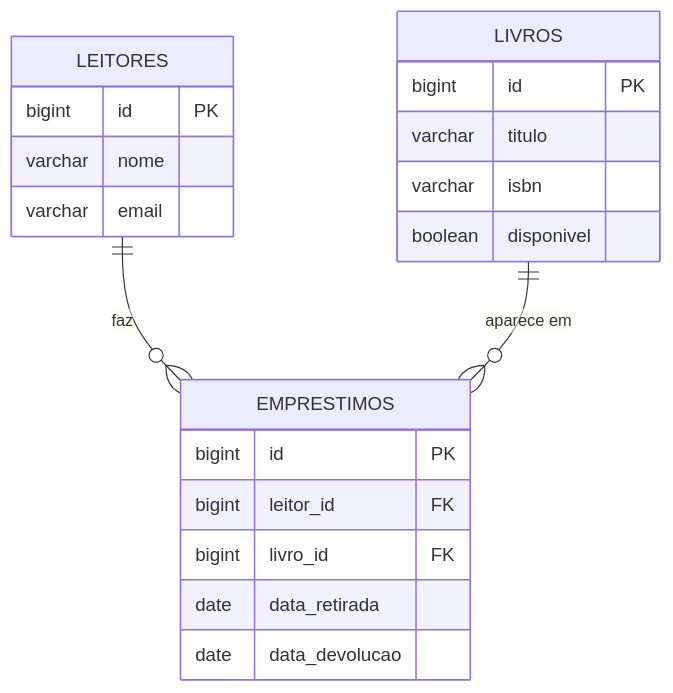
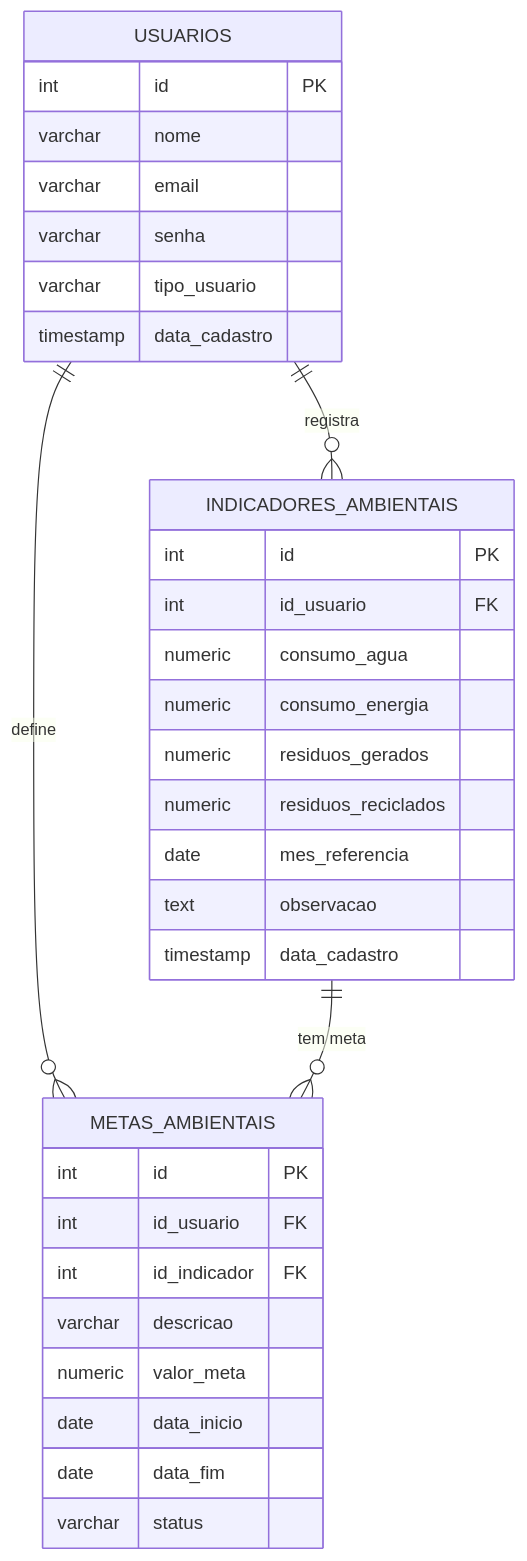
Before and after one commit to Miniki7/EcoGestor: the diagram in docs/modelo-de-dominio.md, drawn with Mermaid. The commit also changed other lines of this file and 12 other files, not shown here.

````diff
--- a/docs/modelo-de-dominio.md
+++ b/docs/modelo-de-dominio.md
@@ -50,24 +64,36 @@
 ```mermaid
 erDiagram
-    LEITORES ||--o{ EMPRESTIMOS : "faz"
-    LIVROS ||--o{ EMPRESTIMOS : "aparece em"
+    USUARIOS ||--o{ INDICADORES_AMBIENTAIS : "registra"
+    USUARIOS ||--o{ METAS_AMBIENTAIS : "define"
+    INDICADORES_AMBIENTAIS ||--o{ METAS_AMBIENTAIS : "tem meta"
 
-    LEITORES {
-        bigint id PK
+    USUARIOS {
+        int id PK
         varchar nome
         varchar email
+        varchar senha
+        varchar tipo_usuario
+        timestamp data_cadastro
     }
-    LIVROS {
-        bigint id PK
-        varchar titulo
-        varchar isbn
-        boolean disponivel
+    INDICADORES_AMBIENTAIS {
+        int id PK
+        int id_usuario FK
+        numeric consumo_agua
+        numeric consumo_energia
+        numeric residuos_gerados
+        numeric residuos_reciclados
+        date mes_referencia
+        text observacao
+        timestamp data_cadastro
     }
-    EMPRESTIMOS {
-        bigint id PK
-        bigint leitor_id FK
-        bigint livro_id FK
-        date data_retirada
-        date data_devolucao
+    METAS_AMBIENTAIS {
+        int id PK
+        int id_usuario FK
+        int id_indicador FK
+        varchar descricao
+        numeric valor_meta
+        date data_inicio
+        date data_fim
+        varchar status
     }
 ```
````
